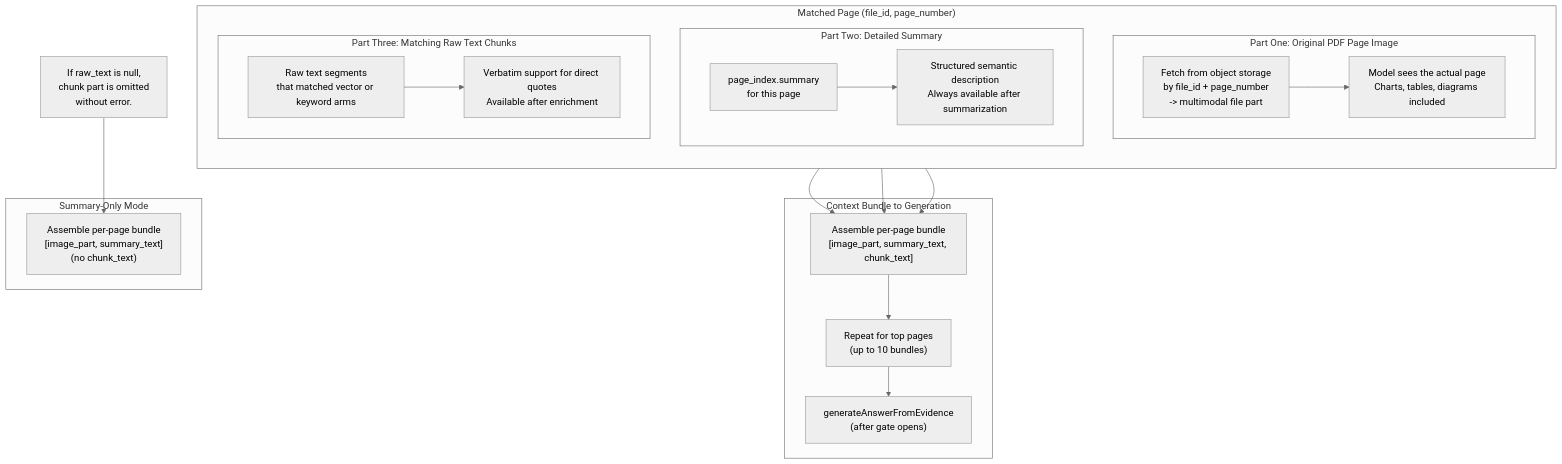
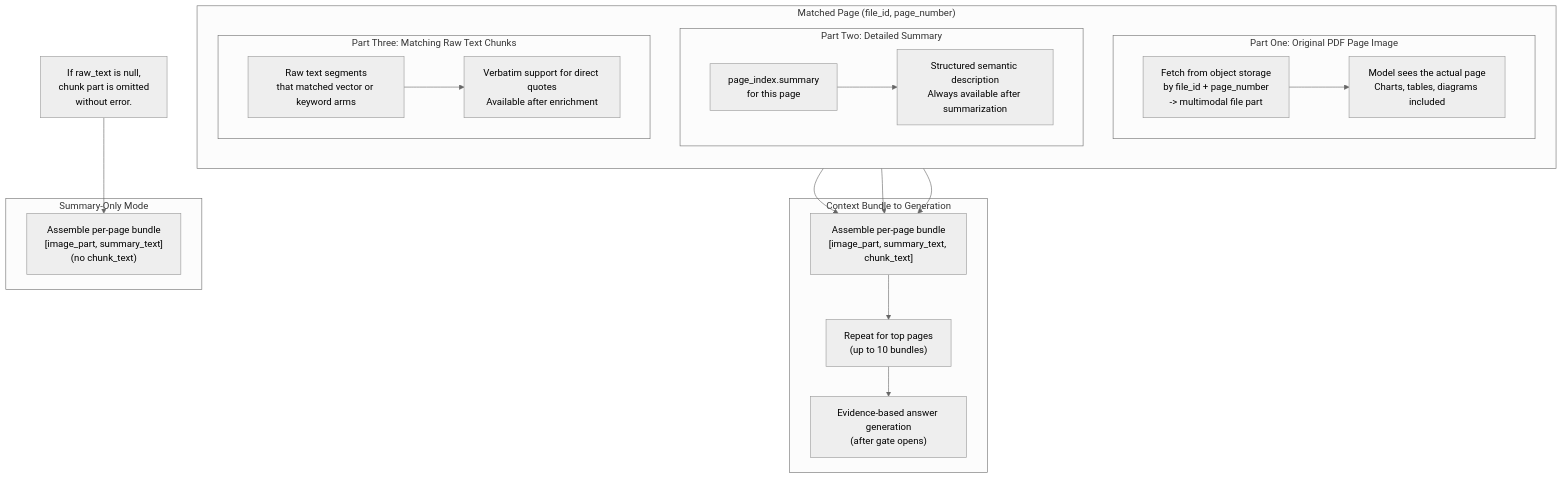
Diagram 11 of 29 in plan/09-retrieval.md (1qh/safeagent), drawn with Mermaid (neutral theme) before and after one commit. The commit also changed other lines of this file and 18 other files, not shown here.

````diff
--- a/plan/09-retrieval.md
+++ b/plan/09-retrieval.md
@@ -431,40 +431,40 @@
 ```mermaid
 flowchart TD
     subgraph MATCHED_PAGE["Matched Page (file_id, page_number)"]
         direction TB
 
         subgraph PART_IMAGE["Part One: Original PDF Page Image"]
             FETCH_IMAGE["Fetch from object storage\nby file_id + page_number\n-> multimodal file part"]
             IMAGE_NOTE["Model sees the actual page\nCharts, tables, diagrams included"]
             FETCH_IMAGE --> IMAGE_NOTE
         end
 
         subgraph PART_SUMMARY["Part Two: Detailed Summary"]
             FETCH_SUMMARY["page_index.summary\nfor this page"]
             SUMMARY_NOTE["Structured semantic description\nAlways available after summarization"]
             FETCH_SUMMARY --> SUMMARY_NOTE
         end
 
         subgraph PART_CHUNKS["Part Three: Matching Raw Text Chunks"]
             FETCH_CHUNKS["Raw text segments\nthat matched vector or keyword arms"]
             CHUNK_NOTE["Verbatim support for direct quotes\nAvailable after enrichment"]
             FETCH_CHUNKS --> CHUNK_NOTE
         end
     end
 
     subgraph BUNDLE_FLOW["Context Bundle to Generation"]
         ASSEMBLE_PAGE_BUNDLE["Assemble per-page bundle\n[image_part, summary_text, chunk_text]"]
         REPEAT_TOP_PAGES["Repeat for top pages\n(up to 10 bundles)"]
-        POST_GATE_GENERATE["generateAnswerFromEvidence\n(after gate opens)"]
+        POST_GATE_GENERATE["Evidence-based answer generation\n(after gate opens)"]
         ASSEMBLE_PAGE_BUNDLE --> REPEAT_TOP_PAGES --> POST_GATE_GENERATE
     end
 
     PART_IMAGE & PART_SUMMARY & PART_CHUNKS --> ASSEMBLE_PAGE_BUNDLE
 
     subgraph SUMMARY_ONLY_BUNDLE["Summary-Only Mode"]
         ASSEMBLE_NO_CHUNKS["Assemble per-page bundle\n[image_part, summary_text]\n(no chunk_text)"]
     end
 
     SUMMARY_ONLY_NOTE["If raw_text is null,\nchunk part is omitted\nwithout error."]
     SUMMARY_ONLY_NOTE --> ASSEMBLE_NO_CHUNKS
 ```
````
